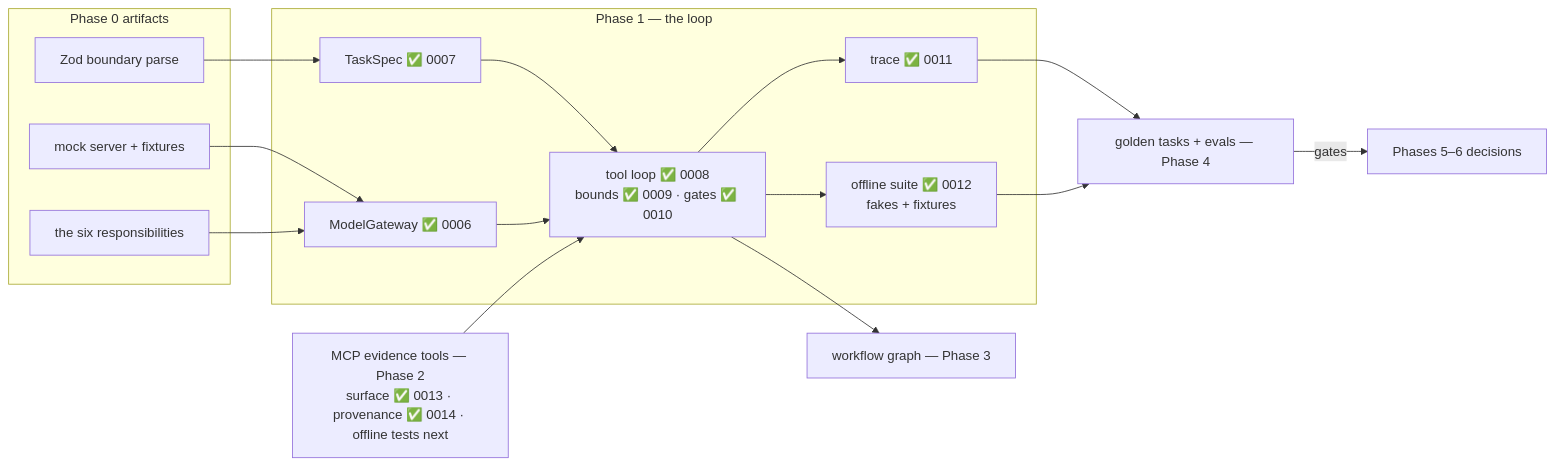
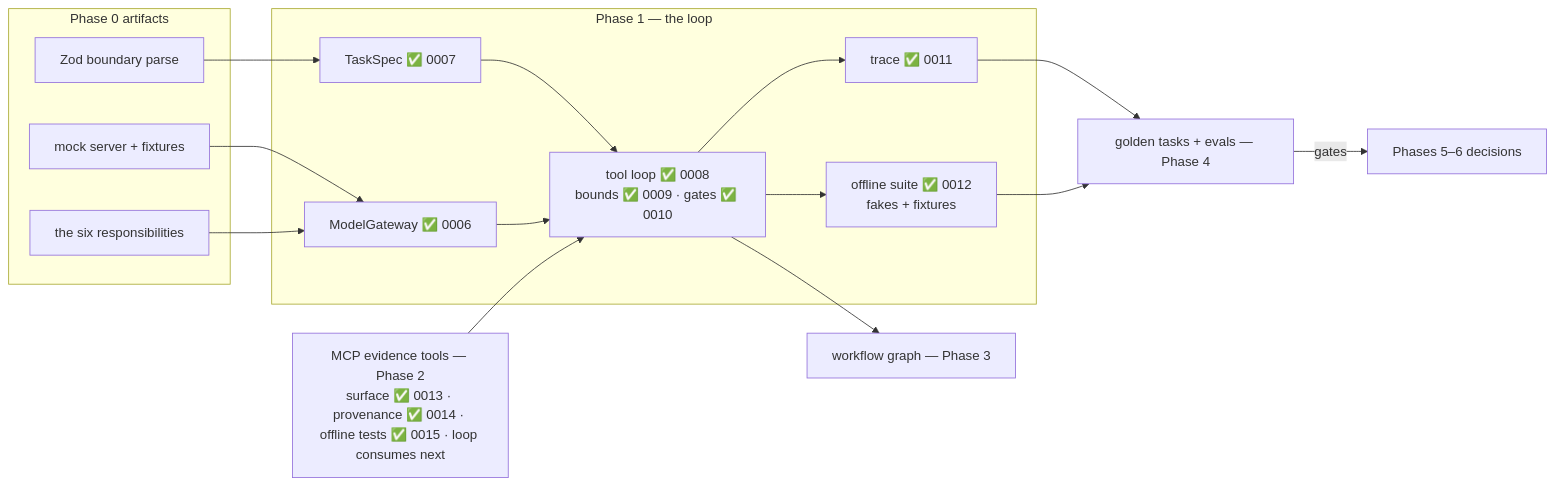
The fifth of 5 diagrams in wiki/course/course-module-graph.md (JozsefKiss90/TS), drawn with Mermaid before and after one commit. The commit also changed other lines of this file and 28 other files, not shown here.

````diff
--- a/wiki/course/course-module-graph.md
+++ b/wiki/course/course-module-graph.md
@@ -95,27 +95,27 @@
 ```mermaid
 flowchart LR
     subgraph PH0["Phase 0 artifacts"]
         MOCK["mock server + fixtures"]
         SIX["the six responsibilities"]
         ZOD["Zod boundary parse"]
     end
     subgraph PH1["Phase 1 — the loop"]
         GWY["ModelGateway ✅ 0006"]
         SPEC["TaskSpec ✅ 0007"]
         TLOOP["tool loop ✅ 0008<br/>bounds ✅ 0009 · gates ✅ 0010"]
         TR["trace ✅ 0011"]
         TESTS["offline suite ✅ 0012<br/>fakes + fixtures"]
     end
     MOCK --> GWY
     SIX --> GWY
     ZOD --> SPEC
     SPEC --> TLOOP
     GWY --> TLOOP
     TLOOP --> TR
     TLOOP --> TESTS
-    EV["MCP evidence tools — Phase 2<br/>surface ✅ 0013 · provenance ✅ 0014 · offline tests next"] --> TLOOP
+    EV["MCP evidence tools — Phase 2<br/>surface ✅ 0013 · provenance ✅ 0014 · offline tests ✅ 0015 · loop consumes next"] --> TLOOP
     TLOOP --> WG["workflow graph — Phase 3"]
     TR --> EVAL["golden tasks + evals — Phase 4"]
     TESTS --> EVAL
     EVAL -->|"gates"| P5P6["Phases 5–6 decisions"]
 ```
````
